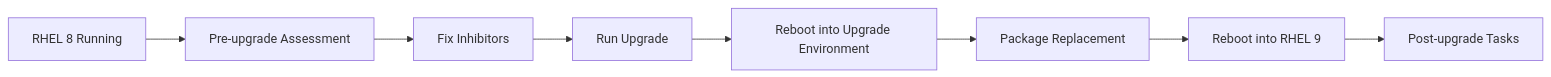
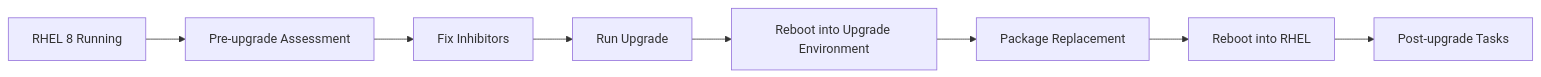
One commit to OneUptime/blog changed the first of 2 diagrams in posts/2026-03-04-upgrade-rhel-8-to-rhel-9-leapp/README.md. Above: the diagram before and after it, drawn with Mermaid. The commit also changed other lines of this file and 4866 other files, not shown here.

````diff
--- a/posts/2026-03-04-upgrade-rhel-8-to-rhel-9-leapp/README.md
+++ b/posts/2026-03-04-upgrade-rhel-8-to-rhel-9-leapp/README.md
@@ -19,10 +19,10 @@
 ```mermaid
 flowchart LR
     A[RHEL 8 Running] --> B[Pre-upgrade Assessment]
     B --> C[Fix Inhibitors]
     C --> D[Run Upgrade]
     D --> E[Reboot into Upgrade Environment]
     E --> F[Package Replacement]
-    F --> G[Reboot into RHEL 9]
+    F --> G[Reboot into RHEL]
     G --> H[Post-upgrade Tasks]
 ```
````
